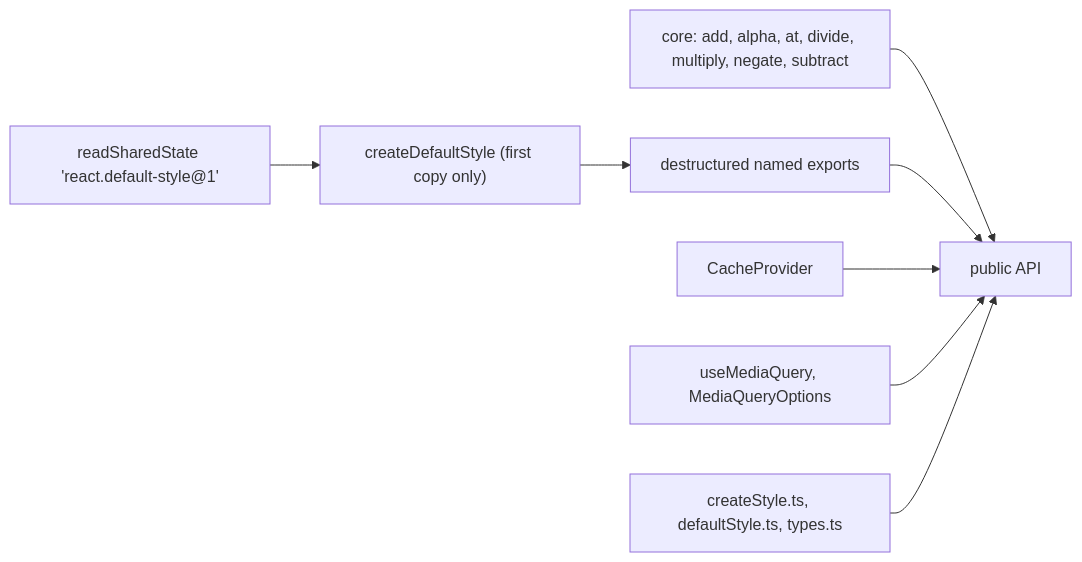
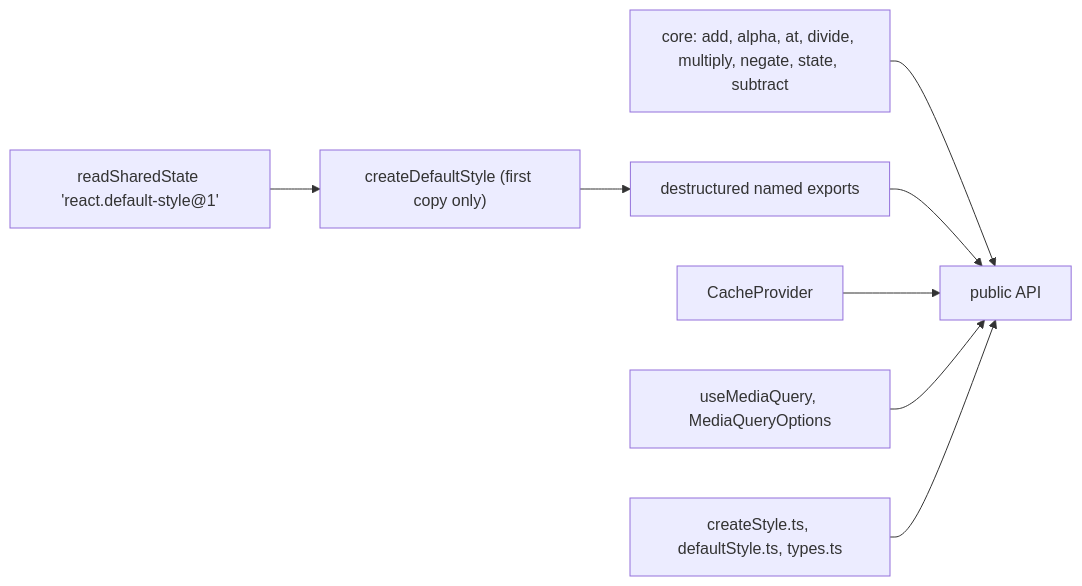
One commit to soroush-tech/umber-style changed the diagram in packages/react/src/index.md. Above: the diagram before and after it, drawn with Mermaid. The commit also changed 80 other files, not shown here.

````diff
--- a/packages/react/src/index.md
+++ b/packages/react/src/index.md
@@ -21,10 +21,10 @@
 ```mermaid
 flowchart LR
   shared["readSharedState 'react.default-style@1'"] --> make["createDefaultStyle (first copy only)"]
   make --> names["destructured named exports"]
-  core["core: add, alpha, at, divide, multiply, negate, subtract"] --> out["public API"]
+  core["core: add, alpha, at, divide, multiply, negate, state, subtract"] --> out["public API"]
   names --> out
   cp["CacheProvider"] --> out
   mq["useMediaQuery, MediaQueryOptions"] --> out
   cs["createStyle.ts, defaultStyle.ts, types.ts"] --> out
 ```
````
